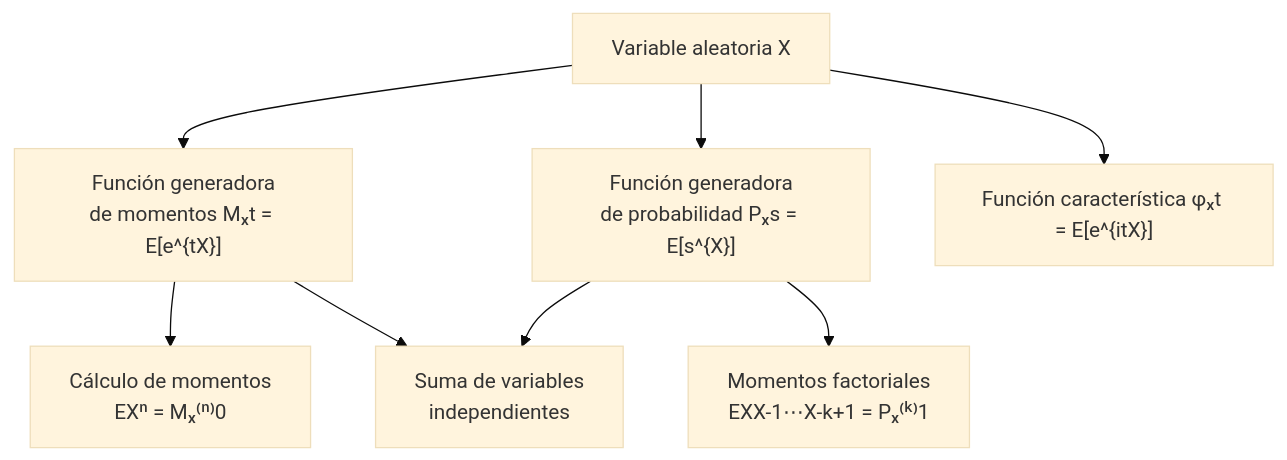
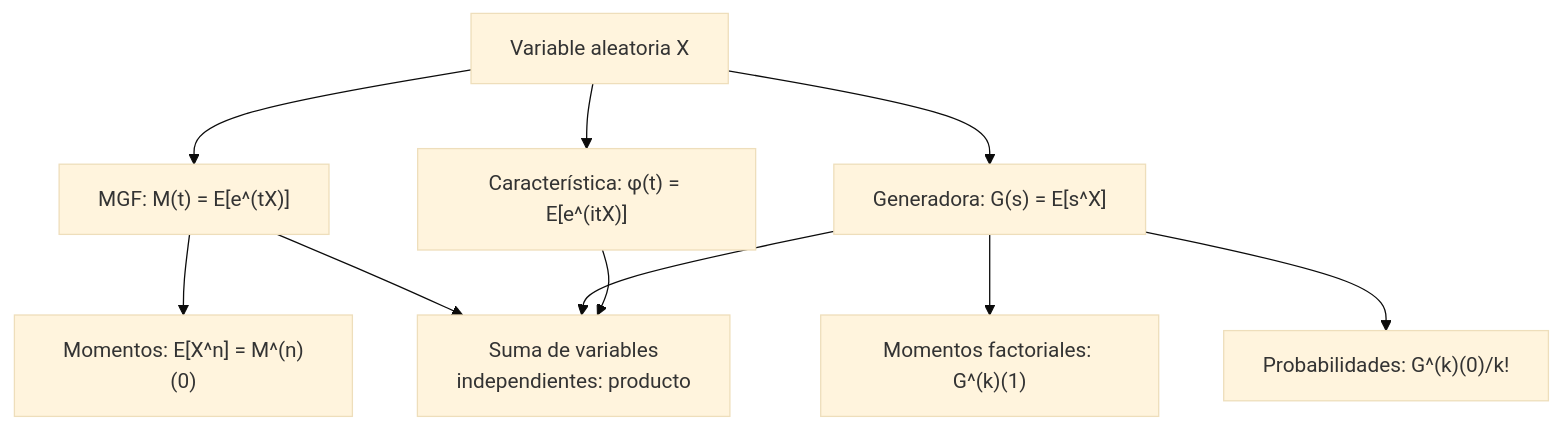
Before and after one commit to djaimej/computer-science-template: the diagram in public/documents/semester-3/4/3435.md, drawn with Mermaid (base theme). The commit also changed other lines of this file and 4 other files, not shown here.

````diff
--- a/public/documents/semester-3/4/3435.md
+++ b/public/documents/semester-3/4/3435.md
@@ -59,16 +90,14 @@
 ```mermaid
 flowchart TD
-    A[Variable aleatoria X] --> B["Función generadora<br>de momentos Mₓt = E[e^{tX}]"]
-    A --> C["Función generadora<br>de probabilidad Pₓs = E[s^{X}]"]
-    A --> D["Función característica φₓt = E[e^{itX}]"]
+    A[Variable aleatoria X] --> B["MGF: M(t) = E[e^(tX)]"]
+    A --> C["Generadora: G(s) = E[s^X]"]
+    A --> D["Característica: φ(t) = E[e^(itX)]"]
 
-    B --> E[Cálculo de momentos<br>EXⁿ = Mₓ⁽ⁿ⁾0]
-    C --> F[Momentos factoriales<br>EXX-1⋯X-k+1 = Pₓ⁽ᵏ⁾1]
+    B --> E["Momentos: E[X^n] = M^(n)(0)"]
+    C --> F["Momentos factoriales: G^(k)(1)"]
+    C --> H["Probabilidades: G^(k)(0)/k!"]
 
-    B --> G[Suma de variables<br>independientes]
+    B --> G[Suma de variables<br>independientes: producto]
     C --> G
-
-    E:::razzmatazz
-    F:::caribbean
-    G:::dandelion
+    D --> G
 ```
````
